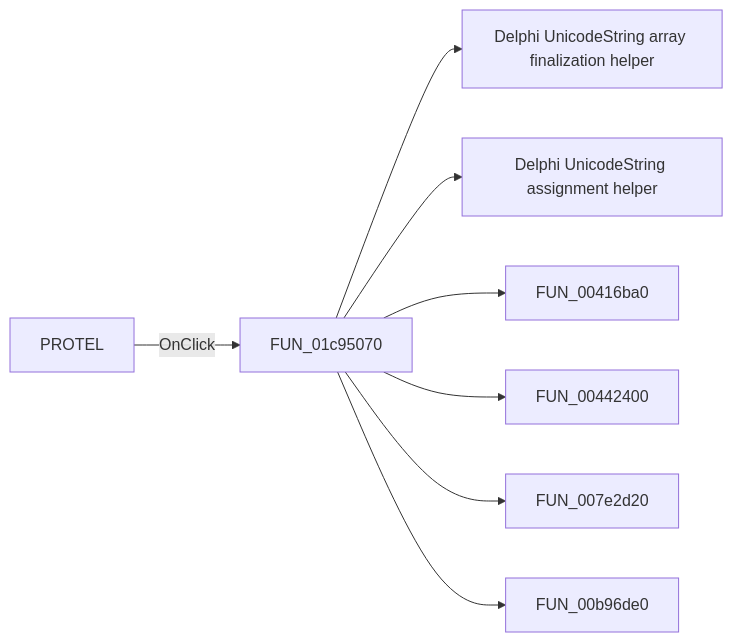
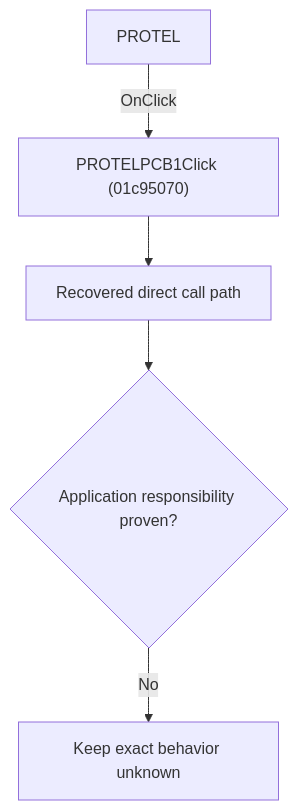
Before and after one commit to MovGP0/TIARA: the diagram in docs/ui-controls/schematiceditor/protelpcb1-ad430d78d1.md, drawn with Mermaid. The commit also changed other lines of this file and 1062 other files, not shown here.

````diff
--- a/docs/ui-controls/schematiceditor/protelpcb1-ad430d78d1.md
+++ b/docs/ui-controls/schematiceditor/protelpcb1-ad430d78d1.md
@@ -27,10 +27,7 @@
 ```mermaid
-flowchart LR
-    control["PROTEL"] -->|OnClick| handler["FUN_01c95070"]
-    handler --> call1["Delphi UnicodeString array finalization helper"]
-    handler --> call2["Delphi UnicodeString assignment helper"]
-    handler --> call3["FUN_00416ba0"]
-    handler --> call4["FUN_00442400"]
-    handler --> call5["FUN_007e2d20"]
-    handler --> call6["FUN_00b96de0"]
+flowchart TD
+    control["PROTEL"] -->|"OnClick"| handler["PROTELPCB1Click (01c95070)"]
+    handler --> recovered["Recovered direct call path"]
+    recovered --> gap{"Application responsibility proven?"}
+    gap -->|"No"| blocked["Keep exact behavior unknown"]
 ```
````
